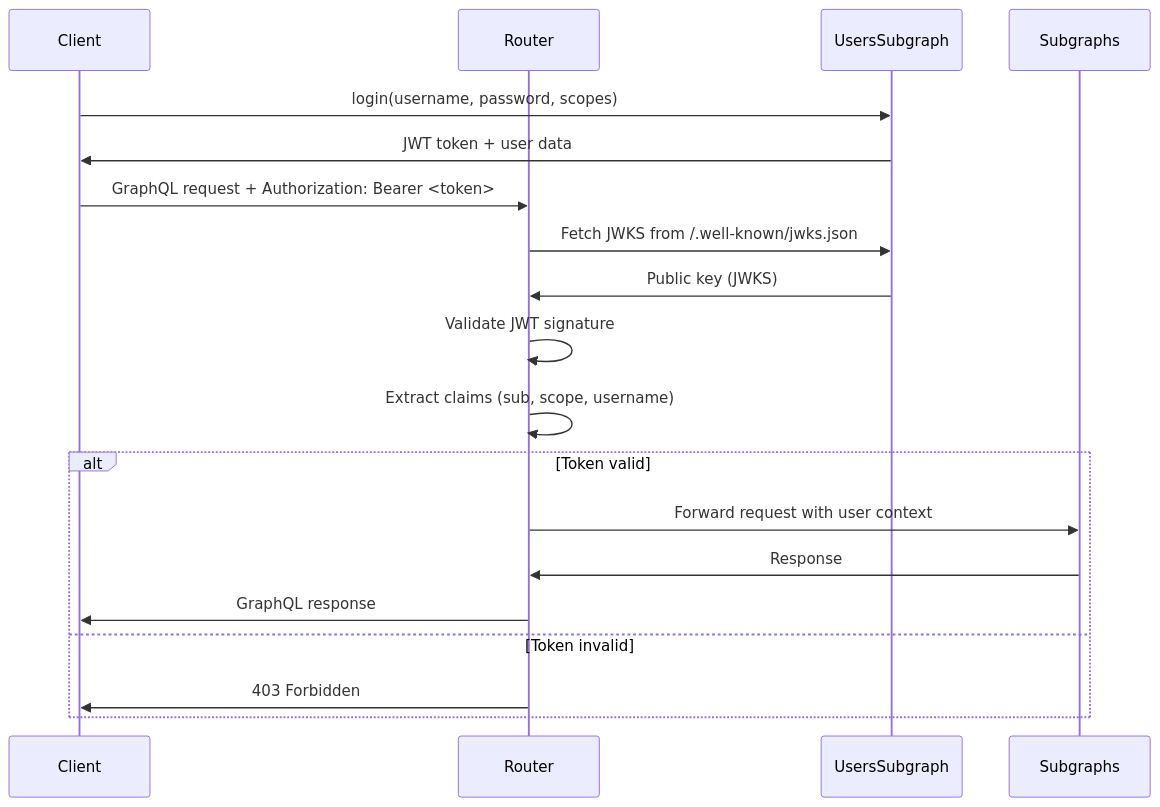
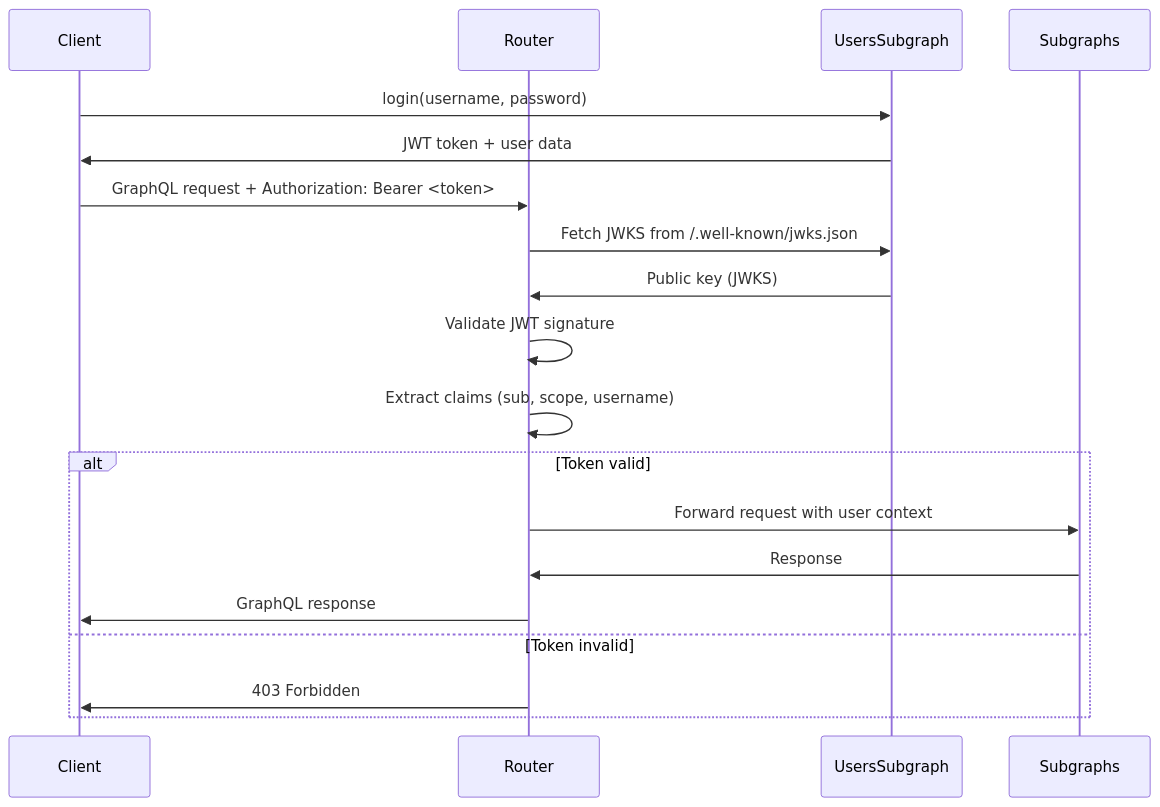
One commit to apollosolutions/reference-architecture changed the second of 2 diagrams in README.md. Above: the diagram before and after it, drawn with Mermaid. The commit also changed 10 other files, not shown here.

````diff
--- a/README.md
+++ b/README.md
@@ -175,24 +175,24 @@
 ```mermaid
 sequenceDiagram
     participant Client
     participant Router
     participant UsersSubgraph
     participant Subgraphs
 
-    Client->>UsersSubgraph: login(username, password, scopes)
+    Client->>UsersSubgraph: login(username, password)
     UsersSubgraph->>Client: JWT token + user data
     
     Client->>Router: GraphQL request + Authorization: Bearer <token>
     Router->>UsersSubgraph: Fetch JWKS from /.well-known/jwks.json
     UsersSubgraph->>Router: Public key (JWKS)
     Router->>Router: Validate JWT signature
     Router->>Router: Extract claims (sub, scope, username)
     
     alt Token valid
         Router->>Subgraphs: Forward request with user context
         Subgraphs->>Router: Response
         Router->>Client: GraphQL response
     else Token invalid
         Router->>Client: 403 Forbidden
     end
 ```
````
